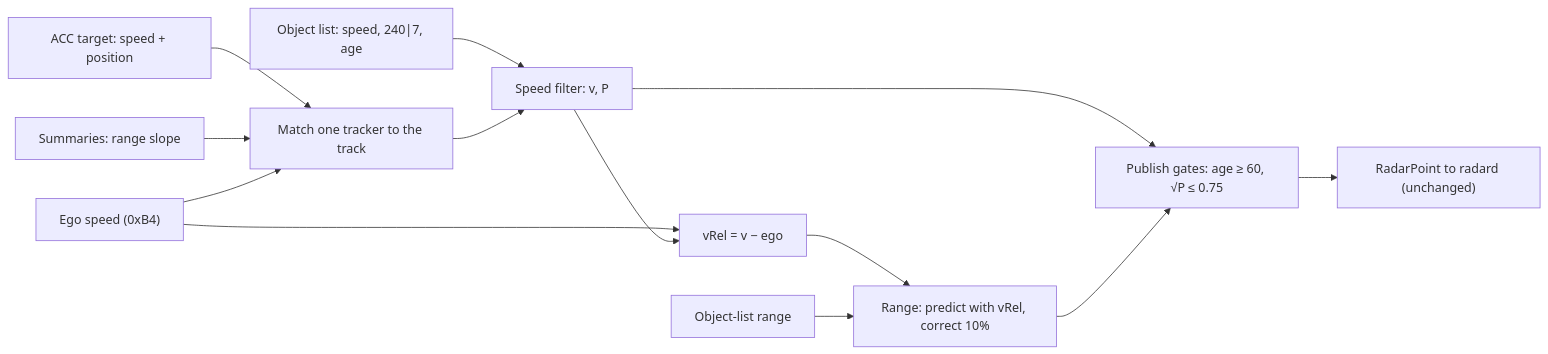
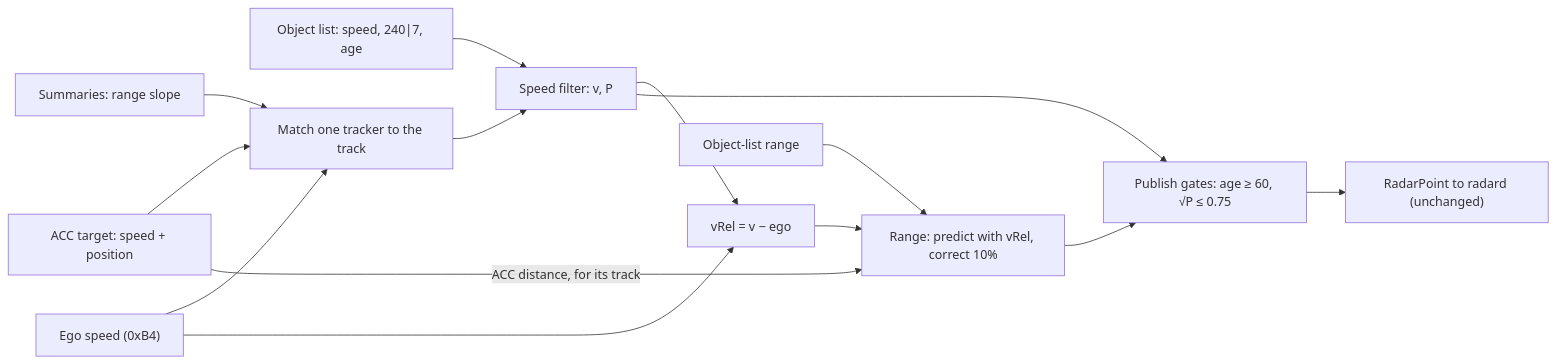
Before and after one commit to ds-sebastian/ars510-radar: the diagram in docs/12_kalman_filter.md, drawn with Mermaid. The commit also changed other lines of this file and 56 other files, not shown here.

First line of the commit message:
release 2.1.0: ACC target frames decoded, lateral unit 0.015 m, trackers matched by position, ACC distance as range (#61)

````diff
--- a/docs/12_kalman_filter.md
+++ b/docs/12_kalman_filter.md
@@ -37,15 +37,16 @@
 ```mermaid
 flowchart LR
   O["Object list: speed, 240|7, age"] --> K["Speed filter: v, P"]
   A["ACC target: speed + position"] --> M["Match one tracker to the track"]
   S["Summaries: range slope"] --> M
   M --> K
   E["Ego speed (0xB4)"] --> M
   E --> V["vRel = v − ego"]
   K --> V
   V --> R["Range: predict with vRel, correct 10%"]
   D["Object-list range"] --> R
+  A -- "ACC distance, for its track" --> R
   K --> G["Publish gates: age ≥ 60, √P ≤ 0.75"]
   R --> G
   G --> P["RadarPoint to radard (unchanged)"]
 ```
````
